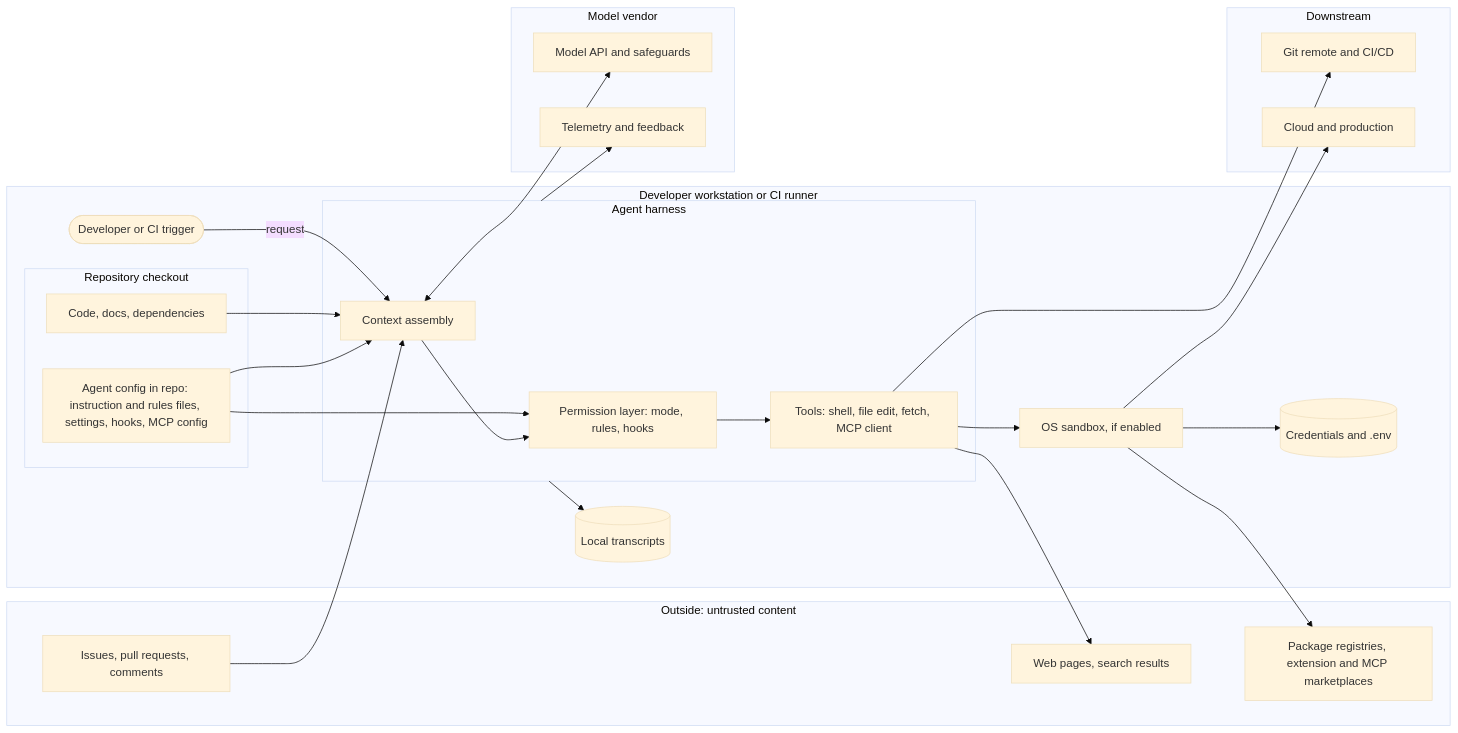
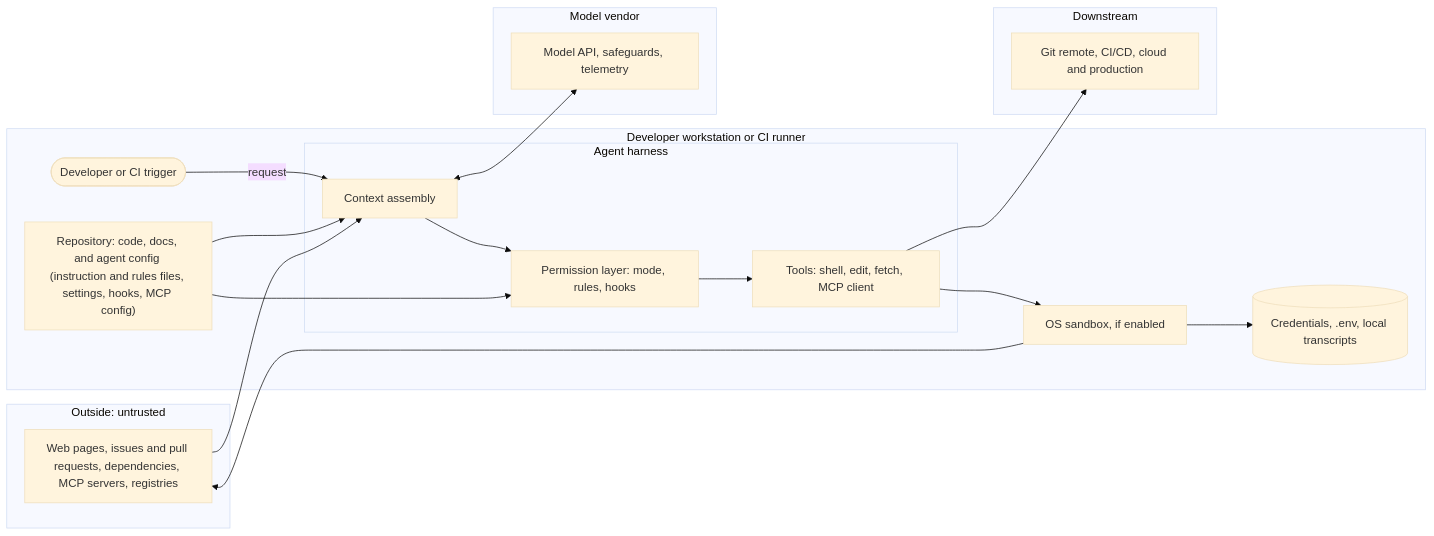
One commit to wtcooper/ai-security-evals changed the diagram in threat-models/coding-agent.md. Above: the diagram before and after it, drawn with Mermaid (base theme). The commit also changed other lines of this file and 2 other files, not shown here.

First line of the commit message:
wip: threat-model drafts in progress

````diff
--- a/threat-models/coding-agent.md
+++ b/threat-models/coding-agent.md
@@ -71,46 +66,30 @@
 ```mermaid
 flowchart LR
-  subgraph EXT["Outside: untrusted content"]
-    WEB["Web pages, search results"]
-    ISSUE["Issues, pull requests, comments"]
-    REG["Package registries, extension and MCP marketplaces"]
+  subgraph EXT["Outside: untrusted"]
+    IN["Web pages, issues and pull requests, dependencies, MCP servers, registries"]
   end
   subgraph HOST["Developer workstation or CI runner"]
     DEV(["Developer or CI trigger"])
+    REPO["Repository: code, docs, and agent config (instruction and rules files, settings, hooks, MCP config)"]
     subgraph HARNESS["Agent harness"]
-      LOOP["Context assembly"]
-      PERM["Permission layer: mode, rules, hooks"]
-      EXEC["Tools: shell, file edit, fetch, MCP client"]
-    end
-    subgraph WS["Repository checkout"]
-      CODE["Code, docs, dependencies"]
-      CFG["Agent config in repo: instruction and rules files, settings, hooks, MCP config"]
+      LOOP["Context assembly"] --> PERM["Permission layer: mode, rules, hooks"] --> EXEC["Tools: shell, edit, fetch, MCP client"]
     end
     SBX["OS sandbox, if enabled"]
-    SECRETS[("Credentials and .env")]
-    LOGS[("Local transcripts")]
+    SEC[("Credentials, .env, local transcripts")]
   end
   subgraph VENDOR["Model vendor"]
-    API["Model API and safeguards"]
-    TEL["Telemetry and feedback"]
+    API["Model API, safeguards, telemetry"]
   end
   subgraph DOWN["Downstream"]
-    GIT["Git remote and CI/CD"]
-    PROD["Cloud and production"]
+    OUT["Git remote, CI/CD, cloud and production"]
   end
   DEV -->|"request"| LOOP
-  CODE --> LOOP
-  CFG --> LOOP
-  CFG --> PERM
-  ISSUE --> LOOP
+  REPO --> LOOP
+  REPO --> PERM
+  IN --> LOOP
   LOOP <--> API
-  LOOP --> PERM --> EXEC
   EXEC --> SBX
-  EXEC --> WEB
-  SBX --> REG
-  SBX --> SECRETS
-  EXEC --> GIT
-  SBX --> PROD
-  HARNESS --> LOGS
-  HARNESS --> TEL
+  SBX --> SEC
+  SBX --> IN
+  EXEC --> OUT
 ```
````
